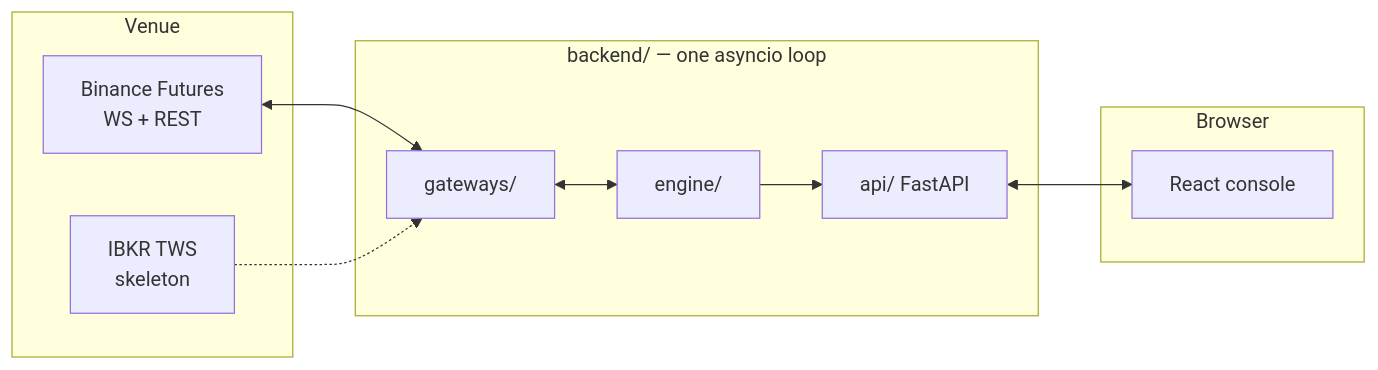
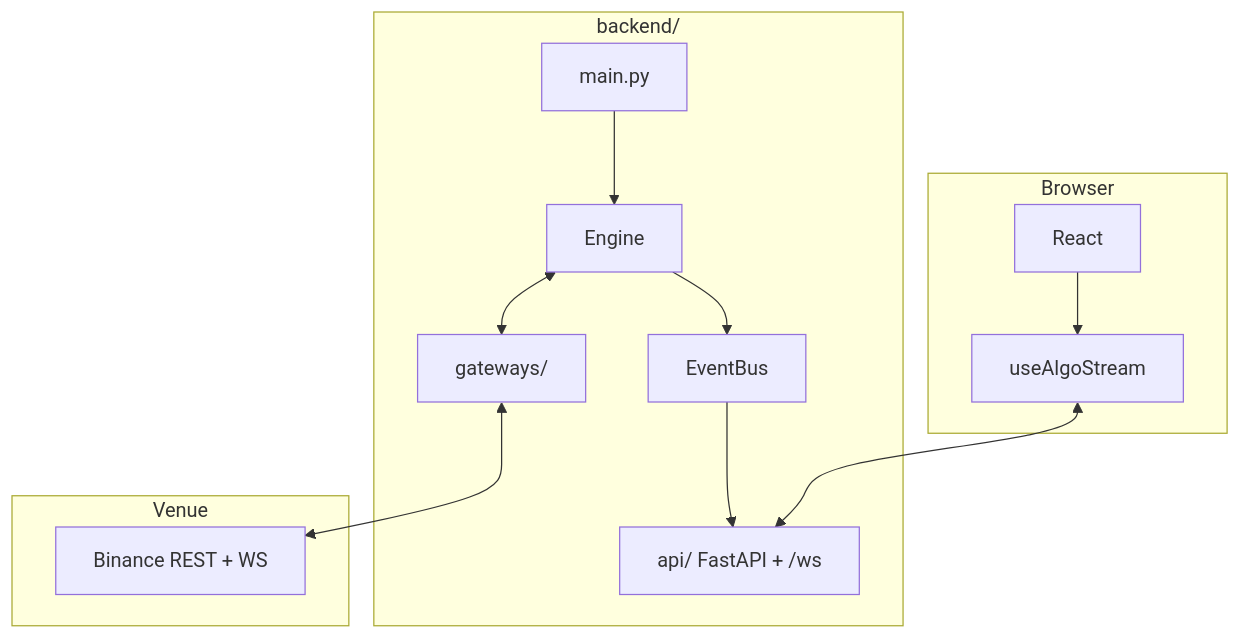
Before and after one commit to Zendragon98/algo-trading-hub: the first of 8 diagrams in backend/README.md, drawn with Mermaid. The commit also changed other lines of this file and 18 other files, not shown here.

````diff
--- a/backend/README.md
+++ b/backend/README.md
@@ -38,23 +65,17 @@
 ```mermaid
-flowchart LR
+flowchart TB
+    subgraph Browser
+        UI[React] --> HOOK[useAlgoStream]
+    end
+    subgraph Process["backend/"]
+        MAIN[main.py] --> ENG[Engine]
+        ENG <--> GW[gateways/]
+        ENG --> BUS[EventBus]
+        BUS --> FAST[api/ FastAPI + /ws]
+    end
     subgraph Venue
-        BN[Binance Futures<br/>WS + REST]
-        IB[IBKR TWS<br/>skeleton]
+        BN[Binance REST + WS]
     end
-
-    subgraph Process["backend/ — one asyncio loop"]
-        GW[gateways/]
-        ENG[engine/]
-        API[api/ FastAPI]
-        GW <--> ENG
-        ENG --> API
-    end
-
-    subgraph Browser
-        UI[React console]
-    end
-
-    BN <--> GW
-    IB -.-> GW
-    API <--> UI
+    HOOK <--> FAST
+    GW <--> BN
 ```
````
